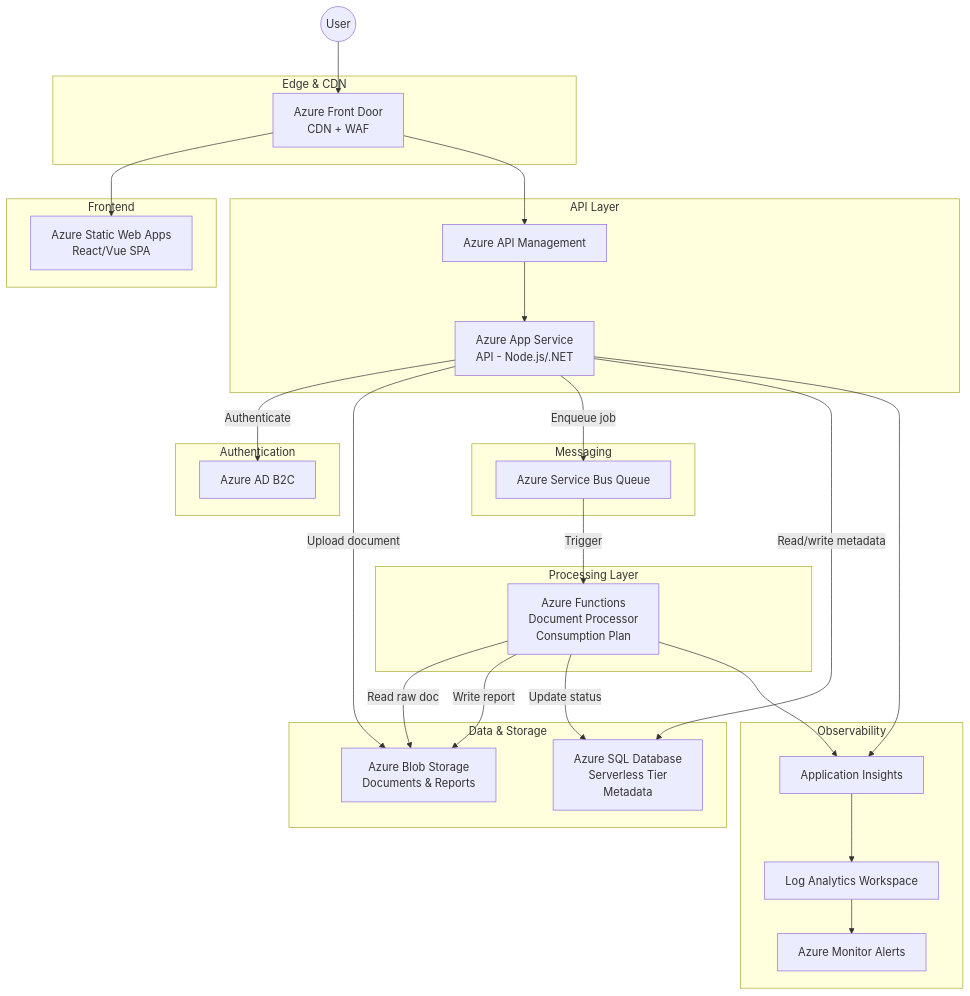
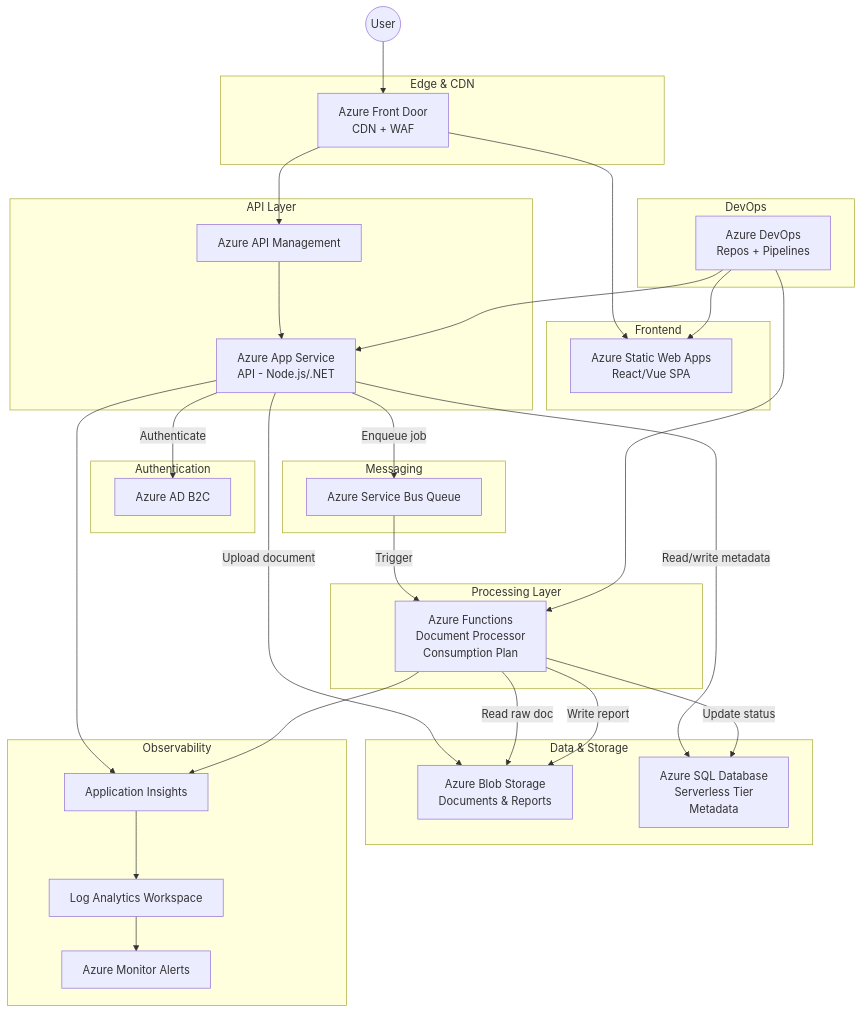
Before and after one commit to emmaxyz90/sipmle-cloud-migration: the diagram in README.md, drawn with Mermaid. The commit also changed other lines of this file, not shown here.

````diff
--- a/README.md
+++ b/README.md
@@ -29,55 +37,62 @@
 ```mermaid
 graph TB
     subgraph "Edge & CDN"
         AFD[Azure Front Door<br/>CDN + WAF]
     end
 
     subgraph "Frontend"
         SWA[Azure Static Web Apps<br/>React/Vue SPA]
     end
 
     subgraph "API Layer"
         APIM[Azure API Management]
         APP[Azure App Service<br/>API - Node.js/.NET]
     end
 
     subgraph "Authentication"
         AAD[Azure AD B2C]
     end
 
     subgraph "Messaging"
         SBQ[Azure Service Bus Queue]
     end
 
     subgraph "Processing Layer"
         FUNC[Azure Functions<br/>Document Processor<br/>Consumption Plan]
     end
 
     subgraph "Data & Storage"
         BLOB[Azure Blob Storage<br/>Documents & Reports]
         SQL[Azure SQL Database<br/>Serverless Tier<br/>Metadata]
     end
 
     subgraph "Observability"
         AI[Application Insights]
         LOG[Log Analytics Workspace]
         MON[Azure Monitor Alerts]
     end
 
+    subgraph "DevOps"
+        ADO[Azure DevOps<br/>Repos + Pipelines]
+    end
+
     User((User)) --> AFD
     AFD --> SWA
     AFD --> APIM
     APIM --> APP
     APP -- "Authenticate" --> AAD
     APP -- "Upload document" --> BLOB
     APP -- "Enqueue job" --> SBQ
     APP -- "Read/write metadata" --> SQL
     SBQ -- "Trigger" --> FUNC
     FUNC -- "Read raw doc" --> BLOB
     FUNC -- "Write report" --> BLOB
     FUNC -- "Update status" --> SQL
     APP --> AI
     FUNC --> AI
     AI --> LOG
     LOG --> MON
+    ADO --> SWA
+    ADO --> APP
+    ADO --> FUNC
 ```
````
